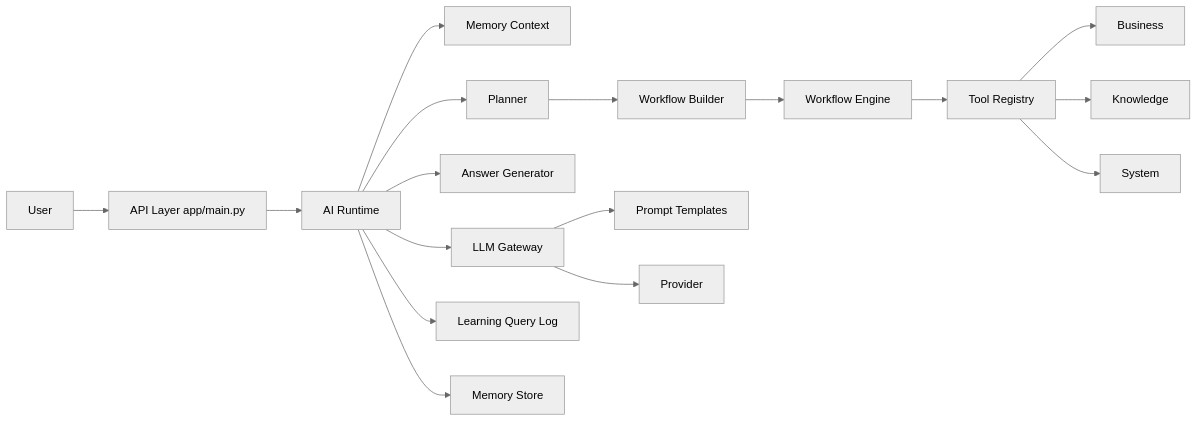
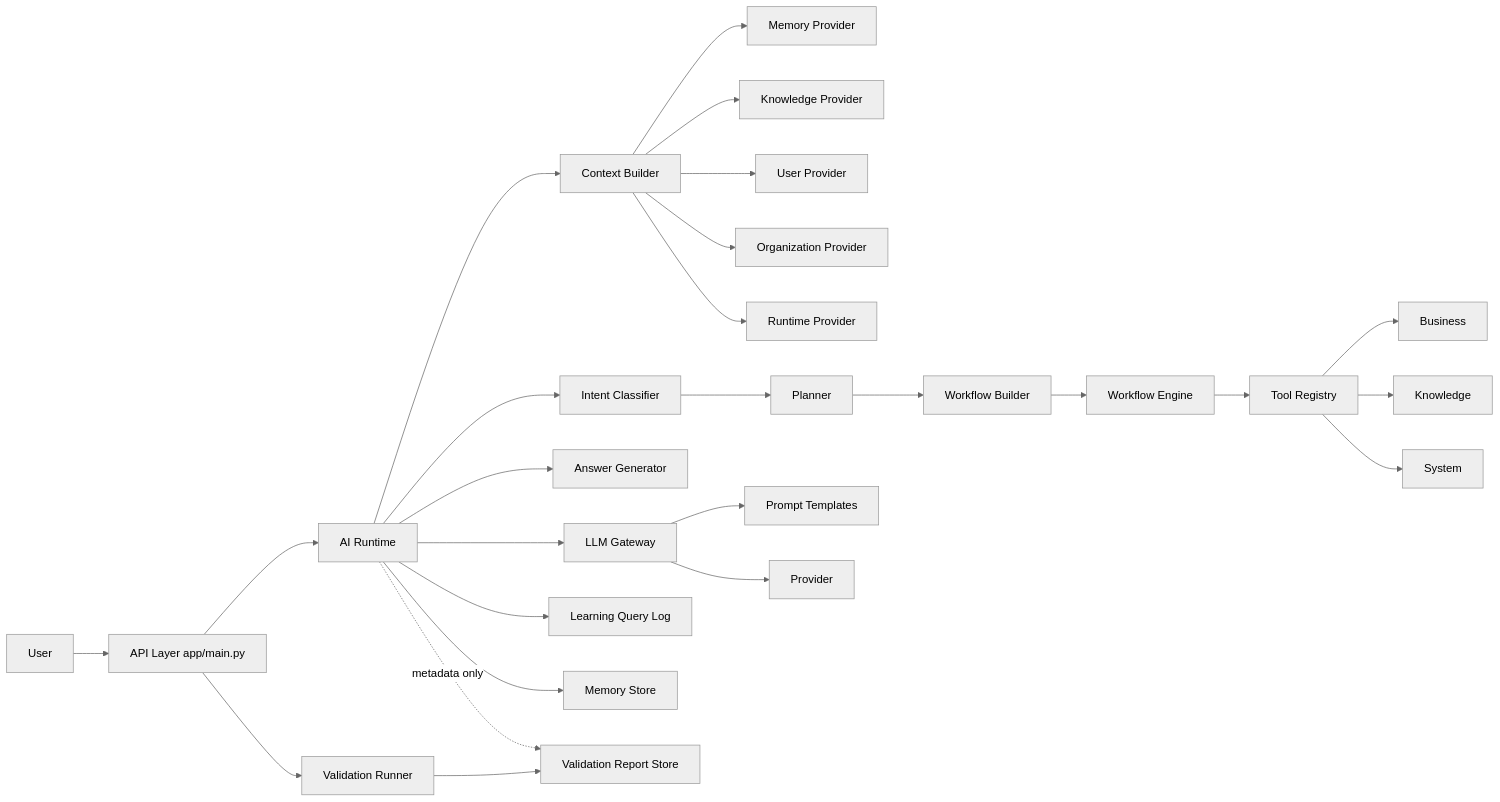
Before and after one commit to takagoshi-beep/logs-ai-platform: the diagram in docs/architecture.md, drawn with Mermaid (neutral theme). The commit also changed other lines of this file and 34 other files, not shown here.

````diff
--- a/docs/architecture.md
+++ b/docs/architecture.md
@@ -85,19 +104,28 @@
 ```mermaid
 flowchart LR
   U[User] --> API[API Layer app/main.py]
   API --> RT[AI Runtime]
-  RT --> MEM[Memory Context]
-  RT --> PL[Planner]
+  API --> VAL[Validation Runner]
+  RT --> CTX[Context Builder]
+  RT --> INT[Intent Classifier]
+  CTX --> MEM[Memory Provider]
+  CTX --> KCTX[Knowledge Provider]
+  CTX --> UCTX[User Provider]
+  CTX --> ORG[Organization Provider]
+  CTX --> RCTX[Runtime Provider]
+  INT --> PL[Planner]
   PL --> WF[Workflow Builder]
   WF --> WFE[Workflow Engine]
   WFE --> TR[Tool Registry]
   TR --> BIZ[Business]
   TR --> KNO[Knowledge]
   TR --> SYS[System]
   RT --> ANS[Answer Generator]
   RT --> GW[LLM Gateway]
   GW --> PR[Prompt Templates]
   GW --> LLM[Provider]
   RT --> LRN[Learning Query Log]
   RT --> MEMW[Memory Store]
+  VAL --> VREP[Validation Report Store]
+  RT -. metadata only .-> VREP
 ```
````
